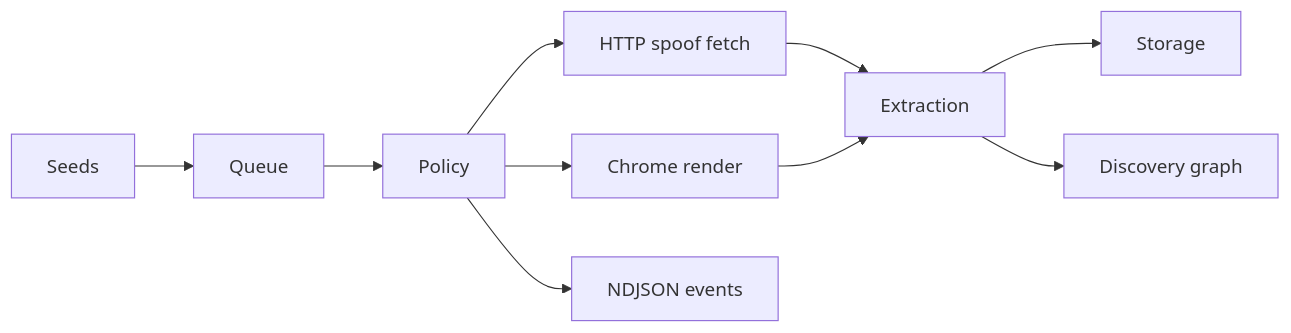
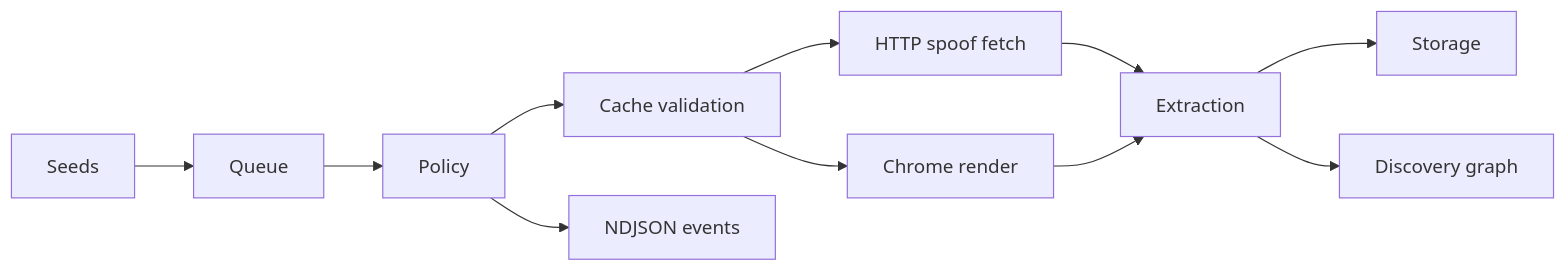
The diagram in docs/README.md (forattini-dev/crawlex), drawn with Mermaid before and after one commit. The commit also changed other lines of this file and 60 other files, not shown here.

````diff
--- a/docs/README.md
+++ b/docs/README.md
@@ -16,12 +25,13 @@
 ```mermaid
 flowchart LR
   A[Seeds] --> B[Queue]
   B --> C[Policy]
-  C --> D[HTTP spoof fetch]
-  C --> E[Chrome render]
+  C --> V[Cache validation]
+  V --> D[HTTP spoof fetch]
+  V --> E[Chrome render]
   D --> F[Extraction]
   E --> F
   F --> G[Storage]
   F --> H[Discovery graph]
   C --> I[NDJSON events]
 ```
````
